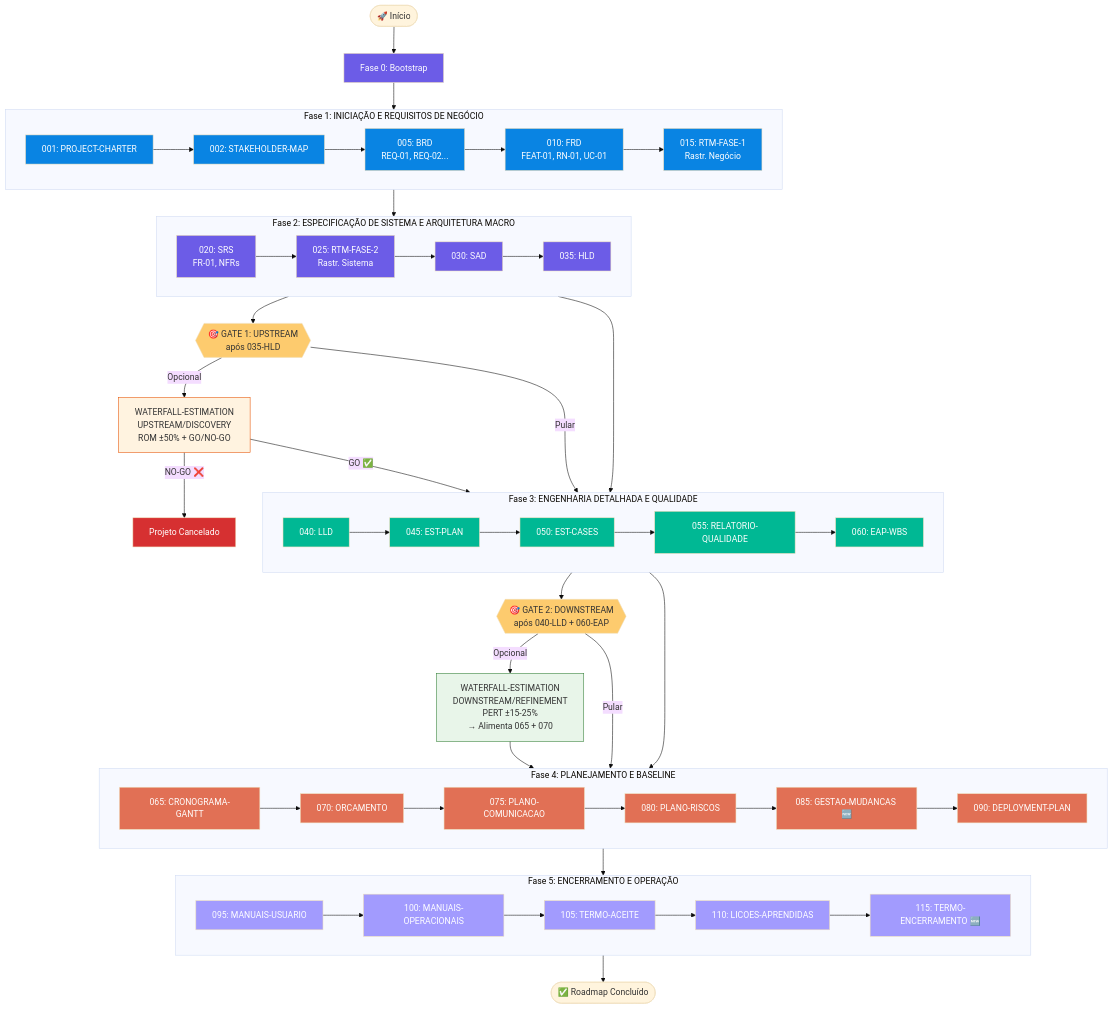
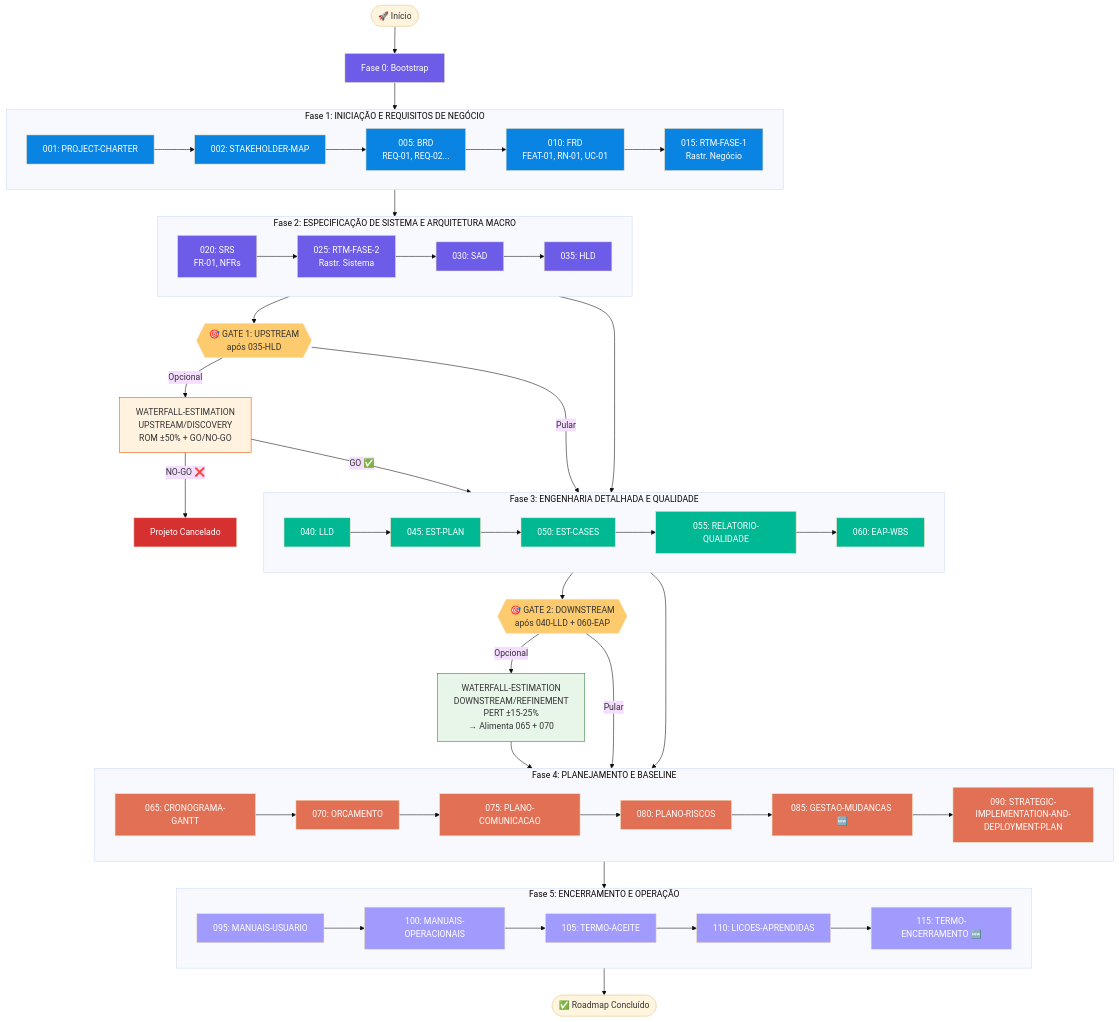
Before and after one commit to bolismar69/workspace-fbso: the first of 10 diagrams in .specs/prompts/project-documents-waterfall/FLOWCHART-PROMPT-ROADMAP-GENERATE-PROJECT-DOCUMENTS-WATERFALL.md, drawn with Mermaid (base theme). The commit also changed other lines of this file and 30 other files, not shown here.

First line of the commit message:
feat: fase 4 — FASE 5 EXECUÇÃO E CONSTRUÇÃO (roadmap dedicado + 092/093) e convergência roadmap×flowchart

```diff
--- a/.specs/prompts/project-documents-waterfall/FLOWCHART-PROMPT-ROADMAP-GENERATE-PROJECT-DOCUMENTS-WATERFALL.md
+++ b/.specs/prompts/project-documents-waterfall/FLOWCHART-PROMPT-ROADMAP-GENERATE-PROJECT-DOCUMENTS-WATERFALL.md
@@ -62,7 +64,7 @@
         D070 --> D075["075: PLANO-COMUNICACAO"]
         D075 --> D080["080: PLANO-RISCOS"]
         D080 --> D085["085: GESTAO-MUDANCAS 🆕"]
-        D085 --> D090["090: DEPLOYMENT-PLAN"]
+        D085 --> D090["090: STRATEGIC-IMPLEMENTATION-AND-DEPLOYMENT-PLAN"]
     end
 
     FASE4 --> FASE5
```
